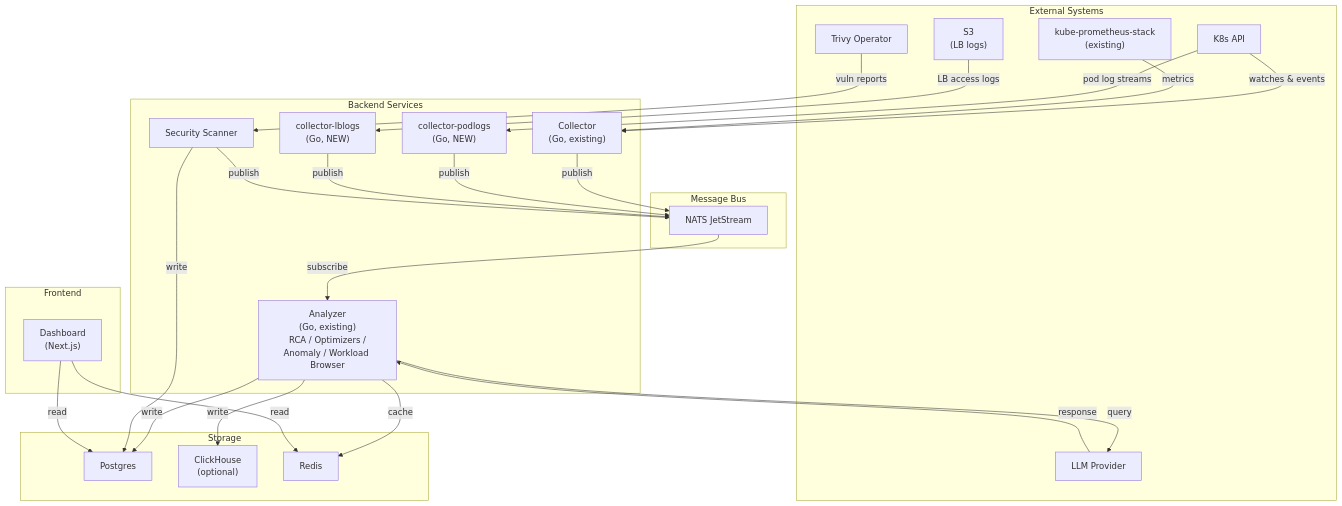
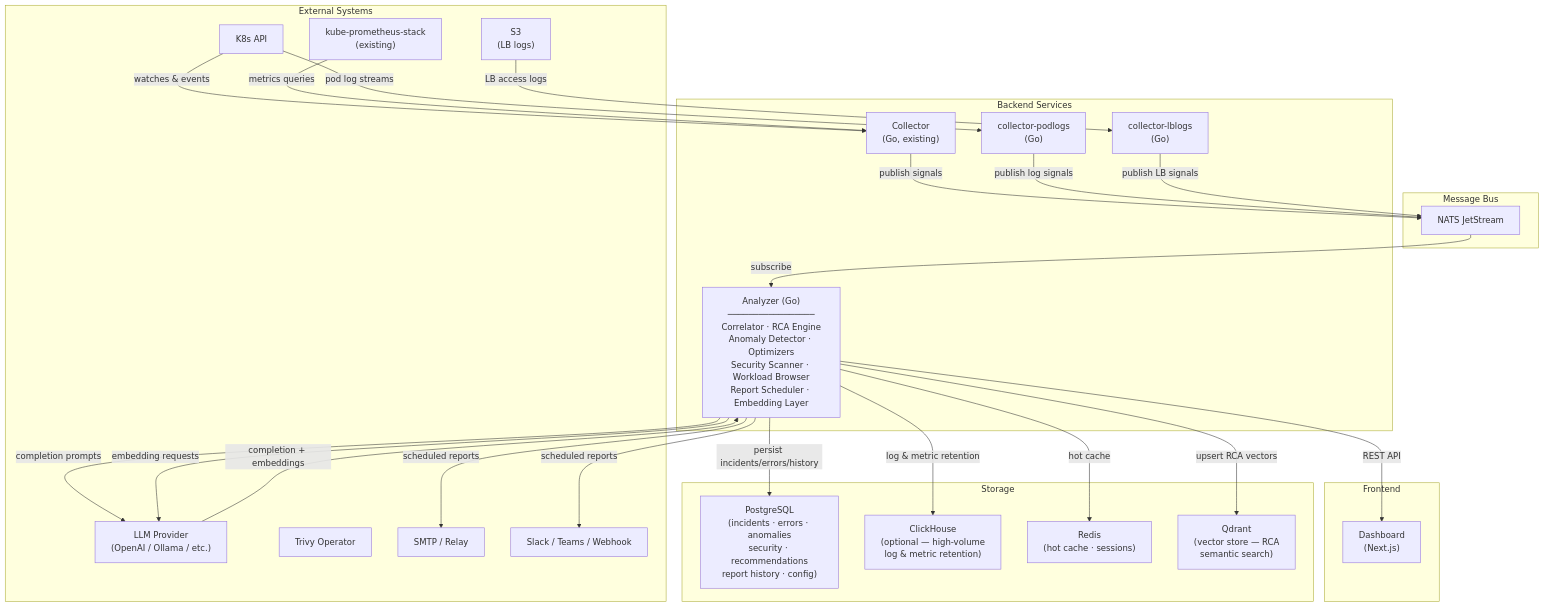
One commit to hellodk/hetu changed the first of 3 diagrams in docs/ARCHITECTURE.md. Above: the diagram before and after it, drawn with Mermaid. The commit also changed other lines of this file and 63 other files, not shown here.

````diff
--- a/docs/ARCHITECTURE.md
+++ b/docs/ARCHITECTURE.md
@@ -5,56 +5,66 @@
 ```mermaid
 flowchart TB
     subgraph External["External Systems"]
         K8sAPI["K8s API"]
         KPS["kube-prometheus-stack<br/>(existing)"]
         S3["S3<br/>(LB logs)"]
-        LLM["LLM Provider"]
+        LLM["LLM Provider<br/>(OpenAI / Ollama / etc.)"]
         TrivyOp["Trivy Operator"]
+        SMTP["SMTP / Relay"]
+        Webhook["Slack / Teams / Webhook"]
     end
 
     subgraph Frontend["Frontend"]
         Dashboard["Dashboard<br/>(Next.js)"]
     end
 
     subgraph Bus["Message Bus"]
         NATS["NATS JetStream"]
     end
 
     subgraph Backend["Backend Services"]
         Collector["Collector<br/>(Go, existing)"]
-        Analyzer["Analyzer<br/>(Go, existing)<br/>RCA / Optimizers /<br/>Anomaly / Workload Browser"]
-        CollectorPodlogs["collector-podlogs<br/>(Go, NEW)"]
-        CollectorLblogs["collector-lblogs<br/>(Go, NEW)"]
-        SecurityScanner["Security Scanner"]
+        Analyzer["Analyzer (Go)<br/>─────────────────<br/>Correlator · RCA Engine<br/>Anomaly Detector · Optimizers<br/>Security Scanner · Workload Browser<br/>Report Scheduler · Embedding Layer"]
+        CollectorPodlogs["collector-podlogs<br/>(Go)"]
+        CollectorLblogs["collector-lblogs<br/>(Go)"]
     end
 
     subgraph Storage["Storage"]
-        Postgres["Postgres"]
-        ClickHouse["ClickHouse<br/>(optional)"]
-        Redis["Redis"]
+        Postgres["PostgreSQL<br/>(incidents · errors · anomalies<br/>security · recommendations<br/>report history · config)"]
+        ClickHouse["ClickHouse<br/>(optional — high-volume<br/>log & metric retention)"]
+        Redis["Redis<br/>(hot cache · sessions)"]
+        Qdrant["Qdrant<br/>(vector store — RCA<br/>semantic search)"]
     end
 
-    %% Data flows
+    %% Collection
     K8sAPI -->|watches & events| Collector
-    KPS -->|metrics| Collector
+    KPS -->|metrics queries| Collector
     K8sAPI -->|pod log streams| CollectorPodlogs
     S3 -->|LB access logs| CollectorLblogs
-    TrivyOp -->|vuln reports| SecurityScanner
 
-    Collector -->|publish| NATS
-    CollectorPodlogs -->|publish| NATS
-    CollectorLblogs -->|publish| NATS
-    SecurityScanner -->|publish| NATS
+    %% Bus
+    Collector -->|publish signals| NATS
+    CollectorPodlogs -->|publish log signals| NATS
+    CollectorLblogs -->|publish LB signals| NATS
 
+    %% Analyzer ingestion
     NATS -->|subscribe| Analyzer
-    Analyzer -->|query| LLM
-    LLM -->|response| Analyzer
 
-    Analyzer -->|write| Postgres
-    Analyzer -->|write| ClickHouse
-    Analyzer -->|cache| Redis
-    SecurityScanner -->|write| Postgres
+    %% LLM + embeddings (both use same LLM provider endpoint)
+    Analyzer -->|completion prompts| LLM
+    Analyzer -->|embedding requests| LLM
+    LLM -->|completion + embeddings| Analyzer
 
-    Dashboard -->|read| Postgres
-    Dashboard -->|read| Redis
+    %% Storage writes
+    Analyzer -->|persist incidents/errors/history| Postgres
+    Analyzer -->|log & metric retention| ClickHouse
+    Analyzer -->|hot cache| Redis
+    Analyzer -->|upsert RCA vectors| Qdrant
+
+    %% Storage reads (Analyzer serves all API — Dashboard never touches DB directly)
+    Analyzer -->|REST API| Dashboard
+
+    %% Delivery
+    Analyzer -->|scheduled reports| SMTP
+    Analyzer -->|scheduled reports| Webhook
 ```
````
